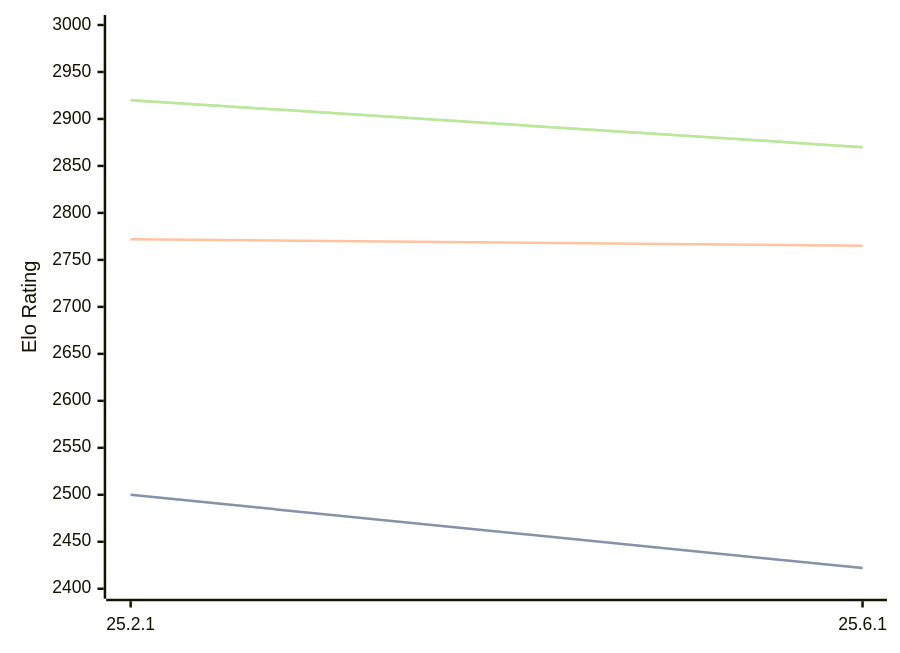
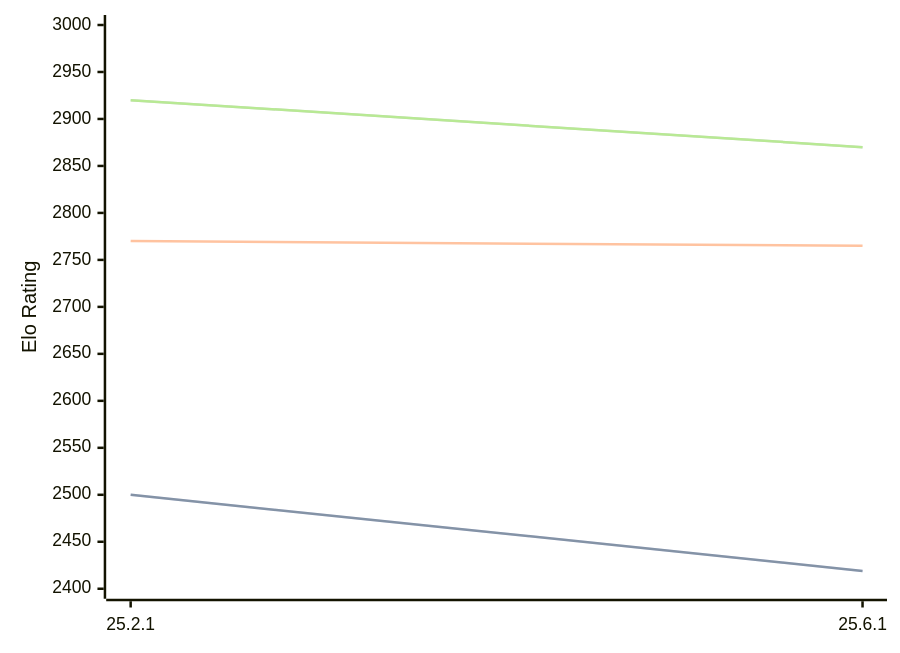
One commit to computer-chess-index/cci changed the third of 3 diagrams in engines/Crafty.md. Above: the diagram before and after it, drawn with Mermaid. The commit also changed other lines of this file, not shown here.

````diff
--- a/engines/Crafty.md
+++ b/engines/Crafty.md
@@ -65,11 +65,11 @@
 ```mermaid
 %%{init: {"theme":"base","themeVariables":{"seriesColors:['#a3a3a3','#222221','#faa371']}}}%%
 xychart-beta
   x-axis ["25.2.1", "25.6.1"]
   y-axis "Elo Rating" 2400 --> 3000
-  line "STC (8.0+0.08s)" [2500, 2422]
-  line "STC (8.0+0.08s)" [2500, 2422]
-  line "LTC (60.0+0.60s)" [2772, 2765]
+  line "STC (8.0+0.08s)" [2500, 2419]
+  line "STC (8.0+0.08s)" [2500, 2419]
+  line "LTC (60.0+0.60s)" [2770, 2765]
   line "VLTC (2m24s+1.12s)" [2920, 2870]
   line "VLTC (2m24s+1.12s)" [2920, 2870]
 ```
````
